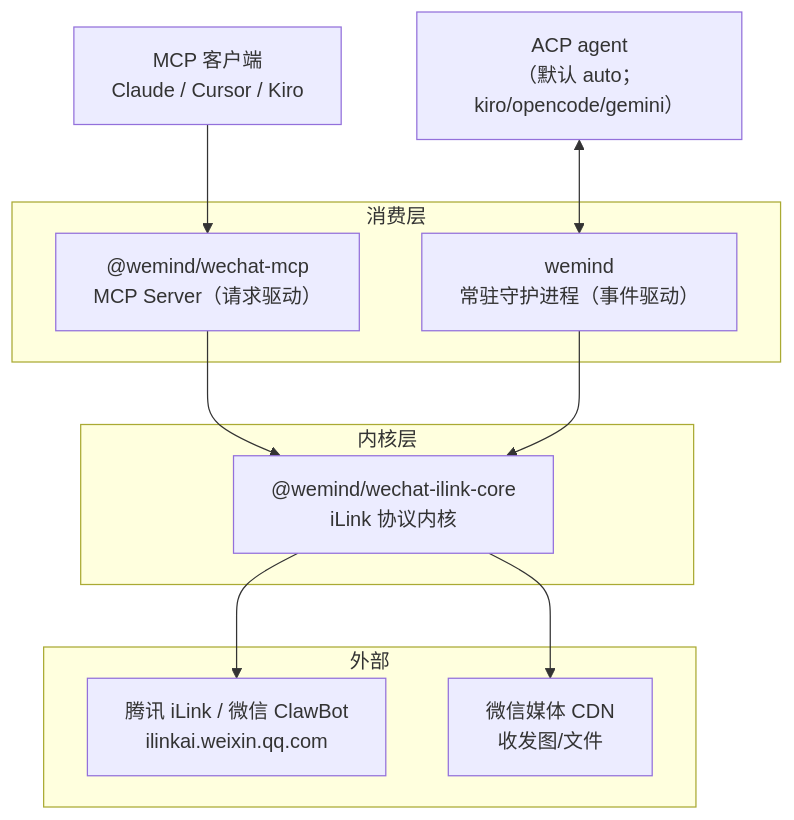
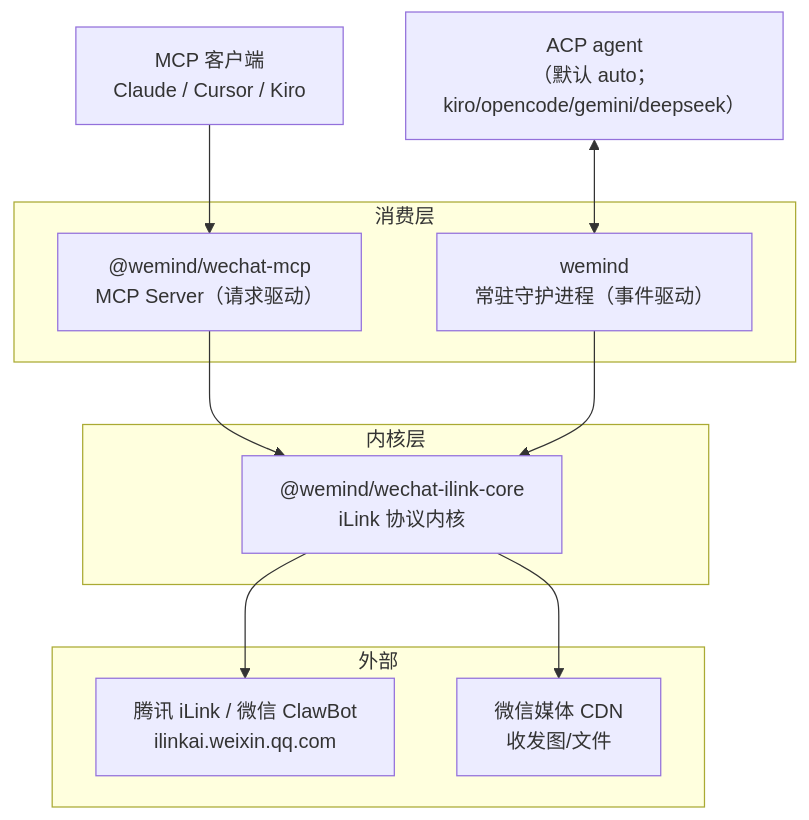
Before and after one commit to imwangpan/WeMind: the first of 6 diagrams in docs/repowiki/02-系统架构.md, drawn with Mermaid. The commit also changed other lines of this file and 21 other files, not shown here.

````diff
--- a/docs/repowiki/02-系统架构.md
+++ b/docs/repowiki/02-系统架构.md
@@ -13,20 +13,20 @@
 ```mermaid
 graph TD
     subgraph 消费层
         MCP["@wemind/wechat-mcp<br/>MCP Server（请求驱动）"]
         DAEMON["wemind<br/>常驻守护进程（事件驱动）"]
     end
     subgraph 内核层
         CORE["@wemind/wechat-ilink-core<br/>iLink 协议内核"]
     end
     subgraph 外部
         ILINK["腾讯 iLink / 微信 ClawBot<br/>ilinkai.weixin.qq.com"]
         CDN["微信媒体 CDN<br/>收发图/文件"]
     end
     MCPCLIENT["MCP 客户端<br/>Claude / Cursor / Kiro"] --> MCP
-    BRAIN["ACP agent<br/>（默认 auto；kiro/opencode/gemini）"] <--> DAEMON
+    BRAIN["ACP agent<br/>（默认 auto；kiro/opencode/gemini/deepseek）"] <--> DAEMON
     MCP --> CORE
     DAEMON --> CORE
     CORE --> ILINK
     CORE --> CDN
 ```
````
